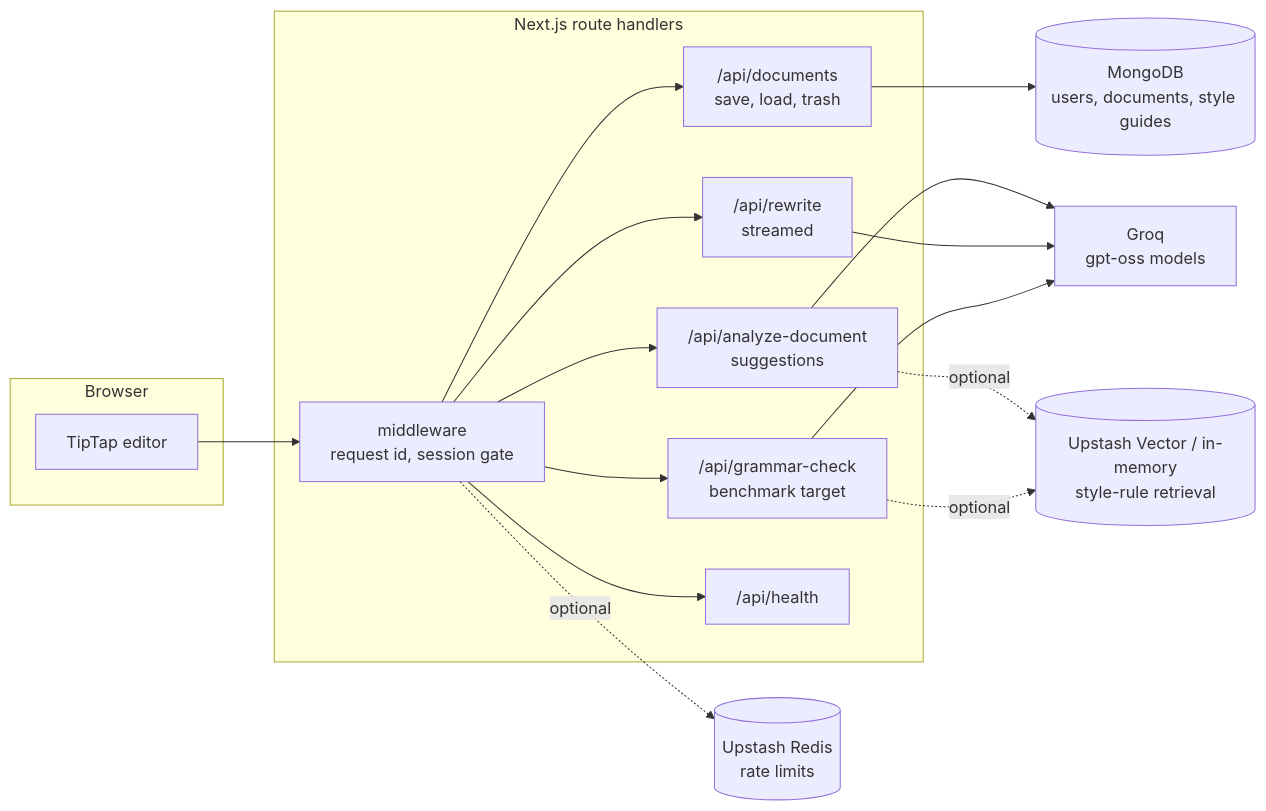
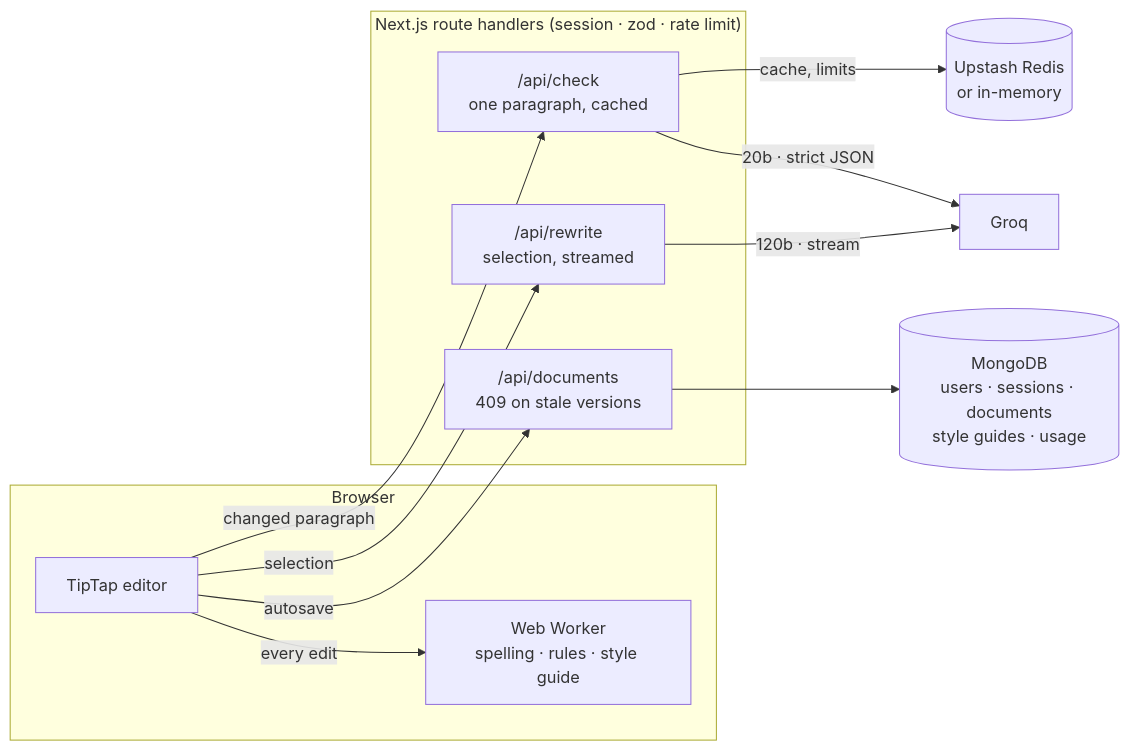
The diagram in README.md (daivikawasthi01/Grammar-Master), drawn with Mermaid before and after one commit. The commit also changed other lines of this file and 18 other files, not shown here.

````diff
--- a/README.md
+++ b/README.md
@@ -32,20 +43,20 @@
 ```mermaid
 flowchart LR
   subgraph Browser
     E[TipTap editor]
+    W[Web Worker<br/>spelling · rules · style guide]
   end
-  subgraph Next["Next.js route handlers"]
-    M[middleware<br/>request id, session gate]
-    D["/api/documents<br/>save, load, trash"]
-    A["/api/analyze-document<br/>suggestions"]
-    R["/api/rewrite<br/>streamed"]
-    G["/api/grammar-check<br/>benchmark target"]
-    H["/api/health"]
+  subgraph Next["Next.js route handlers (session · zod · rate limit)"]
+    C["/api/check<br/>one paragraph, cached"]
+    R["/api/rewrite<br/>selection, streamed"]
+    D["/api/documents<br/>409 on stale versions"]
   end
-  E --> M
-  M --> D & A & R & G & H
-  D --> DB[(MongoDB<br/>users, documents, style guides)]
-  A & R & G --> Q[Groq<br/>gpt-oss models]
-  A & G -.optional.-> V[(Upstash Vector / in-memory<br/>style-rule retrieval)]
-  M -.optional.-> RL[(Upstash Redis<br/>rate limits)]
+  E -- every edit --> W
+  E -- changed paragraph --> C
+  E -- selection --> R
+  E -- autosave --> D
+  C -- cache, limits --> Redis[(Upstash Redis<br/>or in-memory)]
+  C -- "20b · strict JSON" --> Groq
+  R -- "120b · stream" --> Groq
+  D --> Mongo[(MongoDB<br/>users · sessions · documents<br/>style guides · usage)]
 ```
````
